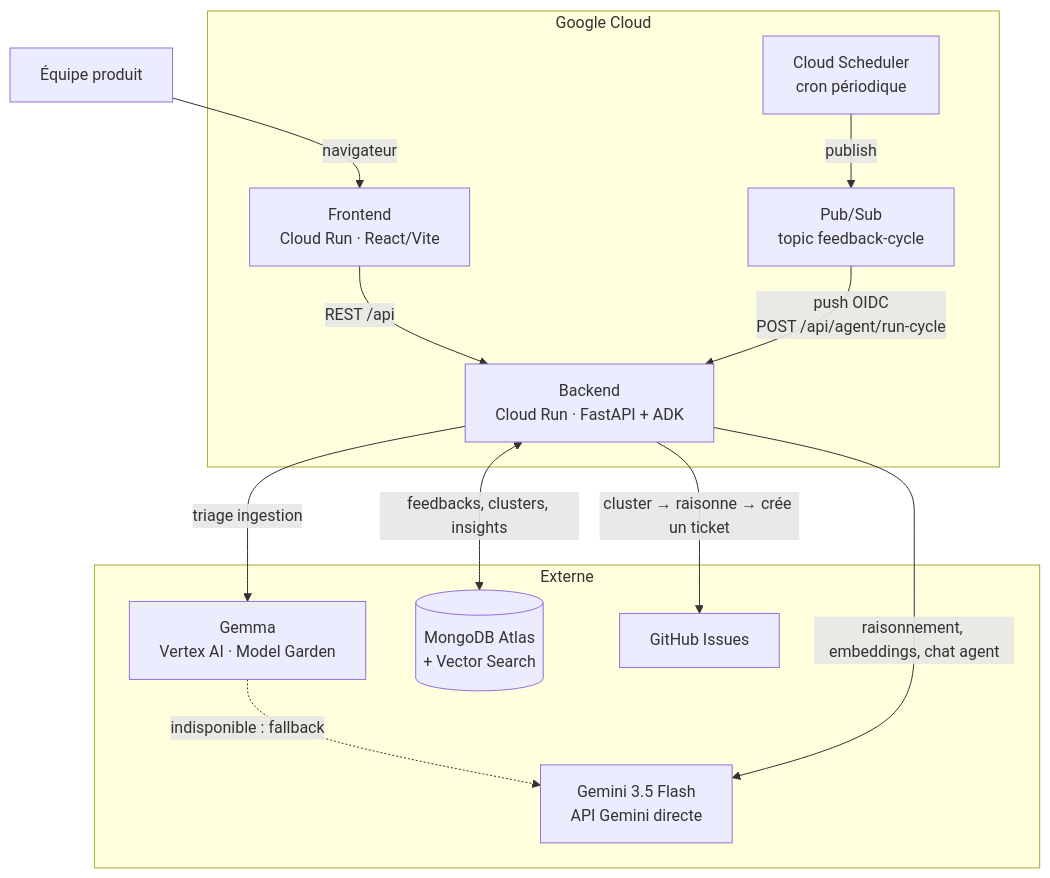
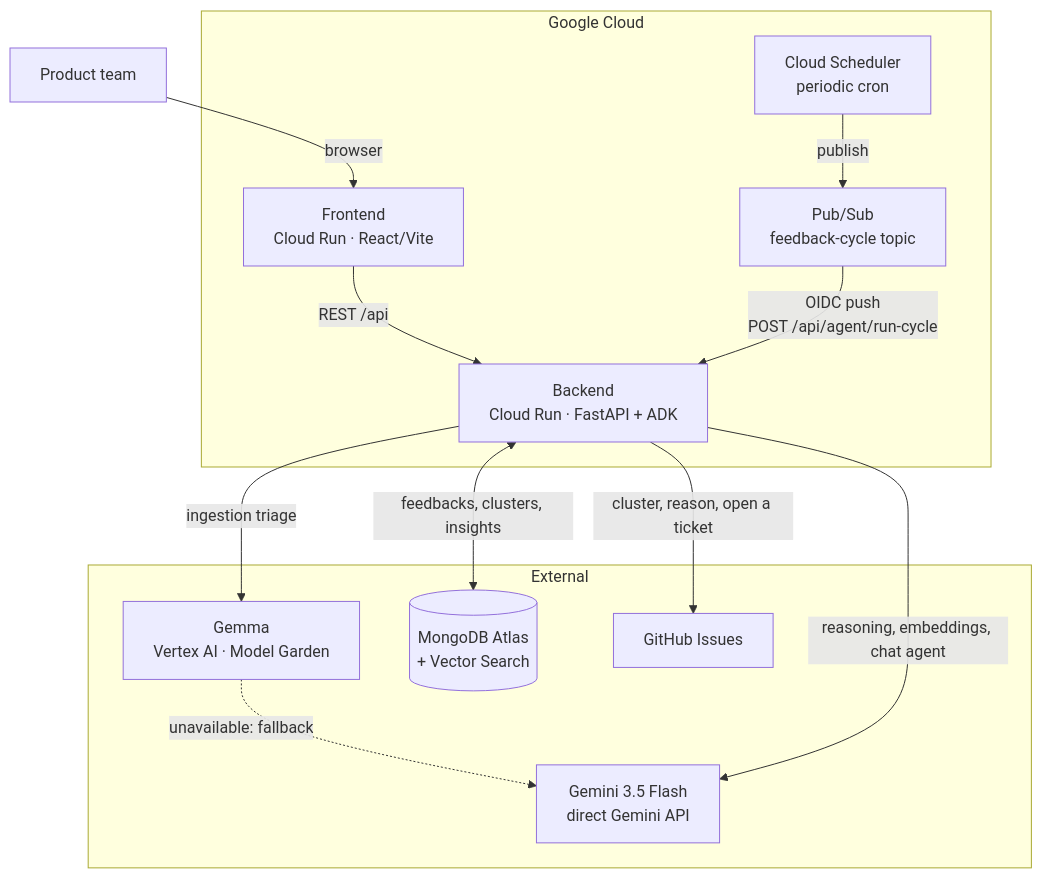
Before and after one commit to ayshagassama1/feedbackai-agent: the diagram in README.md, drawn with Mermaid. The commit also changed other lines of this file and 6 other files, not shown here.

````diff
--- a/README.md
+++ b/README.md
@@ -45,28 +42,28 @@
 ```mermaid
 graph TD
-    User[Équipe produit] -->|navigateur| Frontend
+    User[Product team] -->|browser| Frontend
 
     subgraph GCP["Google Cloud"]
         Frontend["Frontend<br/>Cloud Run · React/Vite"]
         Backend["Backend<br/>Cloud Run · FastAPI + ADK"]
-        Scheduler["Cloud Scheduler<br/>cron périodique"]
-        PubSub["Pub/Sub<br/>topic feedback-cycle"]
+        Scheduler["Cloud Scheduler<br/>periodic cron"]
+        PubSub["Pub/Sub<br/>feedback-cycle topic"]
     end
 
-    subgraph External["Externe"]
-        Gemini["Gemini 3.5 Flash<br/>API Gemini directe"]
+    subgraph External["External"]
+        Gemini["Gemini 3.5 Flash<br/>direct Gemini API"]
         Gemma["Gemma<br/>Vertex AI · Model Garden"]
         Mongo[("MongoDB Atlas<br/>+ Vector Search")]
         GitHub["GitHub Issues"]
     end
 
     Frontend -->|REST /api| Backend
-    Backend -->|triage ingestion| Gemma
-    Gemma -.->|indisponible : fallback| Gemini
-    Backend -->|raisonnement, embeddings, chat agent| Gemini
+    Backend -->|ingestion triage| Gemma
+    Gemma -.->|unavailable: fallback| Gemini
+    Backend -->|reasoning, embeddings, chat agent| Gemini
     Backend <-->|feedbacks, clusters, insights| Mongo
 
     Scheduler -->|publish| PubSub
-    PubSub -->|push OIDC<br/>POST /api/agent/run-cycle| Backend
-    Backend -->|cluster → raisonne → crée un ticket| GitHub
+    PubSub -->|OIDC push<br/>POST /api/agent/run-cycle| Backend
+    Backend -->|cluster, reason, open a ticket| GitHub
 ```
````
